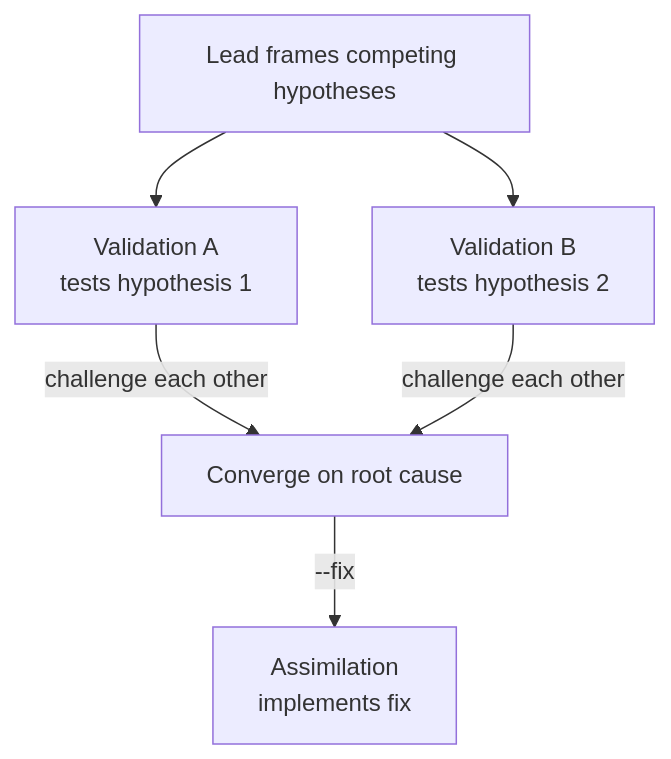
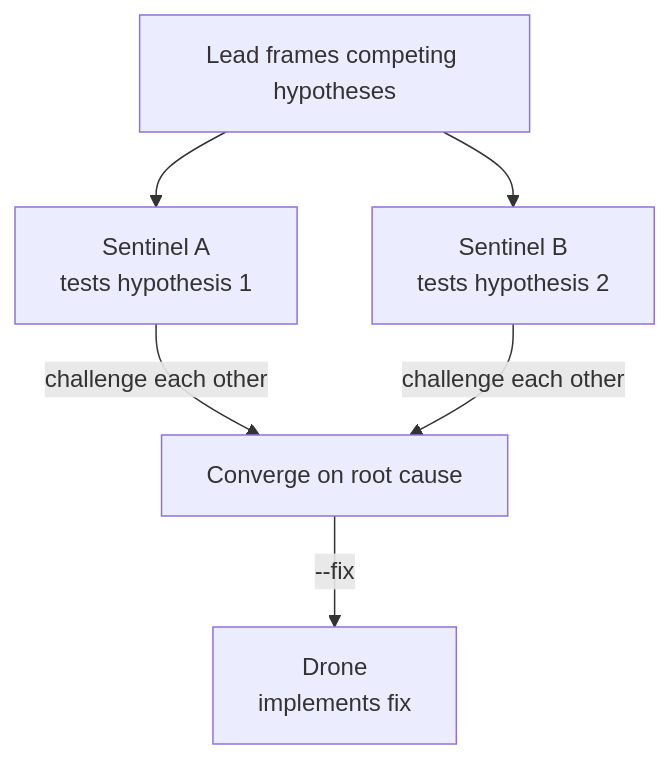
Before and after one commit to benediktms/unimatrix: the eighth of 10 diagrams in README.md, drawn with Mermaid. The commit also changed other lines of this file and 30 other files, not shown here.

````diff
--- a/README.md
+++ b/README.md
@@ -318,8 +318,8 @@
 ```mermaid
 flowchart TD
     Lead["Lead frames competing hypotheses"] --> V1 & V2
-    V1["Validation A<br/>tests hypothesis 1"]
-    V2["Validation B<br/>tests hypothesis 2"]
+    V1["Sentinel A<br/>tests hypothesis 1"]
+    V2["Sentinel B<br/>tests hypothesis 2"]
     V1 & V2 -->|challenge each other| Converge["Converge on root cause"]
-    Converge -->|--fix| Fix["Assimilation<br/>implements fix"]
+    Converge -->|--fix| Fix["Drone<br/>implements fix"]
 ```
````
